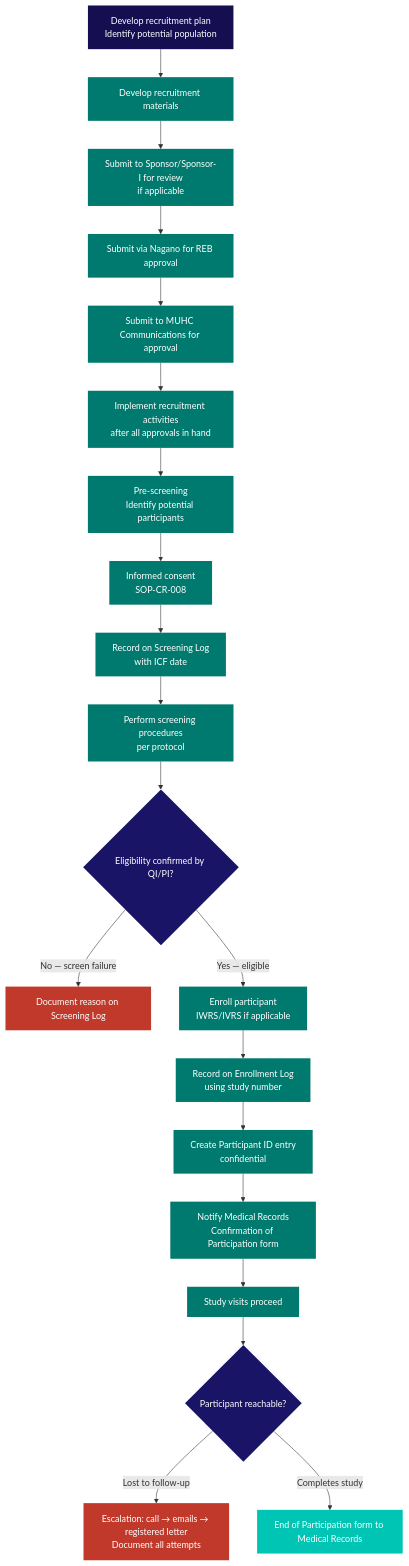
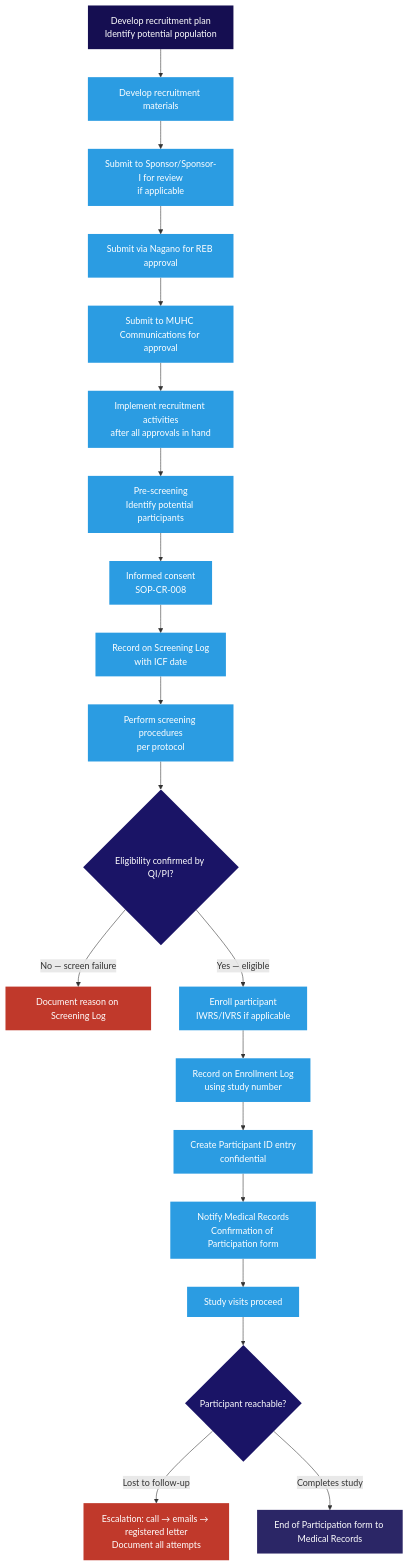
The diagram in sops/cr-009.mdx (matthewfiorentino/docs), drawn with Mermaid before and after one commit. The commit also changed 36 other files, not shown here.

````diff
--- a/sops/cr-009.mdx
+++ b/sops/cr-009.mdx
@@ -77,43 +77,43 @@
 ```mermaid
 flowchart TD
     A[Develop recruitment plan\nIdentify potential population] --> B[Develop recruitment materials]
     B --> C[Submit to Sponsor/Sponsor-I for review\nif applicable]
     C --> D[Submit via Nagano for REB approval]
     D --> E[Submit to MUHC Communications for approval]
     E --> F[Implement recruitment activities\nafter all approvals in hand]
     F --> G[Pre-screening\nIdentify potential participants]
     G --> H[Informed consent\nSOP-CR-008]
     H --> I[Record on Screening Log\nwith ICF date]
     I --> J[Perform screening procedures\nper protocol]
     J --> K{Eligibility confirmed by QI/PI?}
     K -->|No — screen failure| L[Document reason on Screening Log]
     K -->|Yes — eligible| M[Enroll participant\nIWRS/IVRS if applicable]
     M --> N[Record on Enrollment Log\nusing study number]
     N --> O[Create Participant ID entry\nconfidential]
     O --> P[Notify Medical Records\nConfirmation of Participation form]
     P --> Q[Study visits proceed]
     Q --> R{Participant reachable?}
     R -->|Lost to follow-up| S[Escalation: call → emails → registered letter\nDocument all attempts]
     R -->|Completes study| T[End of Participation form to Medical Records]
 
     style A fill:#150e51,color:#fff,stroke:none
-    style B fill:#007a6e,color:#fff,stroke:none
-    style C fill:#007a6e,color:#fff,stroke:none
-    style D fill:#007a6e,color:#fff,stroke:none
-    style E fill:#007a6e,color:#fff,stroke:none
-    style F fill:#007a6e,color:#fff,stroke:none
-    style G fill:#007a6e,color:#fff,stroke:none
-    style H fill:#007a6e,color:#fff,stroke:none
-    style I fill:#007a6e,color:#fff,stroke:none
-    style J fill:#007a6e,color:#fff,stroke:none
+    style B fill:#2b9ce2,color:#fff,stroke:none
+    style C fill:#2b9ce2,color:#fff,stroke:none
+    style D fill:#2b9ce2,color:#fff,stroke:none
+    style E fill:#2b9ce2,color:#fff,stroke:none
+    style F fill:#2b9ce2,color:#fff,stroke:none
+    style G fill:#2b9ce2,color:#fff,stroke:none
+    style H fill:#2b9ce2,color:#fff,stroke:none
+    style I fill:#2b9ce2,color:#fff,stroke:none
+    style J fill:#2b9ce2,color:#fff,stroke:none
     style K fill:#1a1466,color:#fff,stroke:none
     style L fill:#c0392b,color:#fff,stroke:none
-    style M fill:#007a6e,color:#fff,stroke:none
-    style N fill:#007a6e,color:#fff,stroke:none
-    style O fill:#007a6e,color:#fff,stroke:none
-    style P fill:#007a6e,color:#fff,stroke:none
-    style Q fill:#007a6e,color:#fff,stroke:none
+    style M fill:#2b9ce2,color:#fff,stroke:none
+    style N fill:#2b9ce2,color:#fff,stroke:none
+    style O fill:#2b9ce2,color:#fff,stroke:none
+    style P fill:#2b9ce2,color:#fff,stroke:none
+    style Q fill:#2b9ce2,color:#fff,stroke:none
     style R fill:#1a1466,color:#fff,stroke:none
     style S fill:#c0392b,color:#fff,stroke:none
-    style T fill:#00c4b4,color:#fff,stroke:none
+    style T fill:#2b2666,color:#fff,stroke:none
 ```
````
